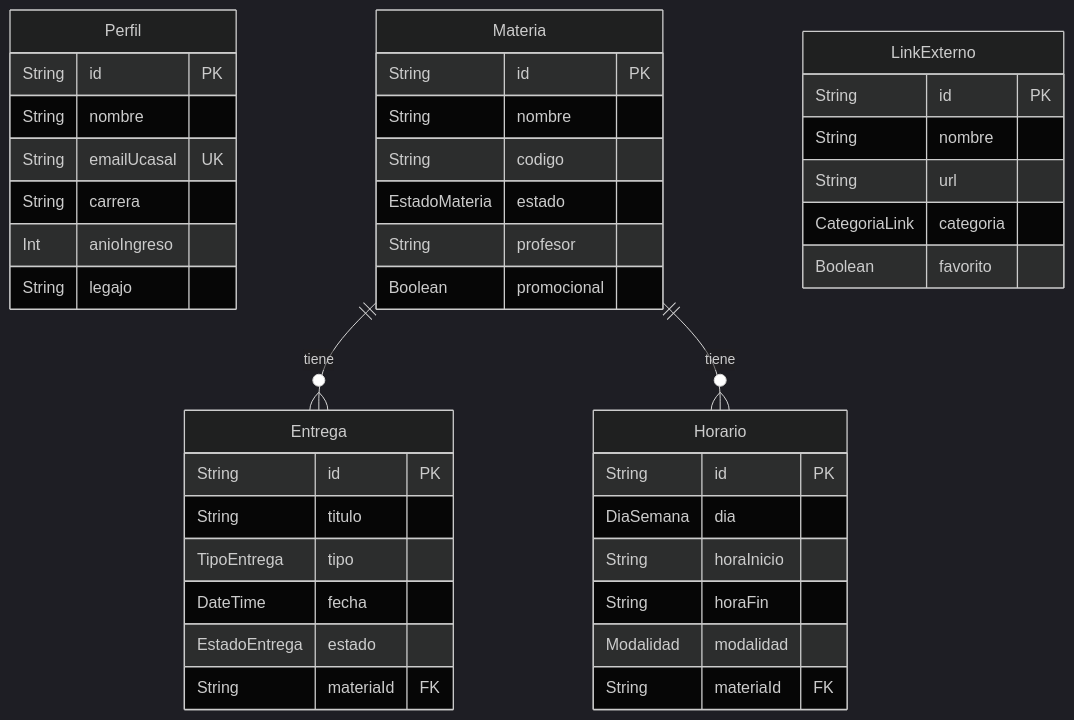
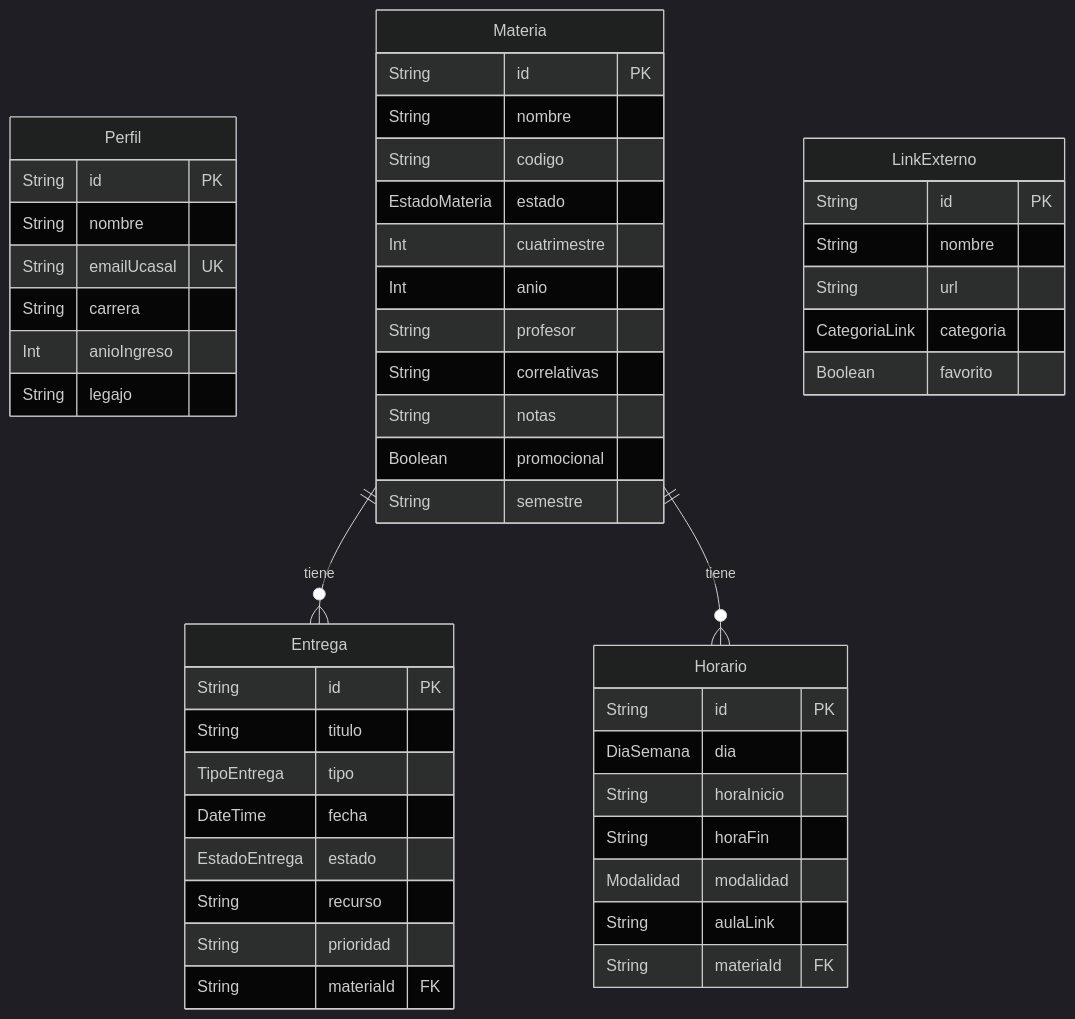
One commit to lautioliver/UcaNode changed the third of 6 diagrams in README.md. Above: the diagram before and after it, drawn with Mermaid (dark theme). The commit also changed other lines of this file and 30 other files, not shown here.

Commit message:
Add error/loading/not-found pages, forms, schemas, theme toggle, rate limit, robots/sitemap, and vitest config

````diff
--- a/README.md
+++ b/README.md
@@ -171,49 +195,57 @@
 ```mermaid
 erDiagram
     Perfil {
         String id PK
         String nombre
         String emailUcasal UK
         String carrera
         Int anioIngreso
         String legajo
     }
 
     Materia {
         String id PK
         String nombre
         String codigo
         EstadoMateria estado
+        Int cuatrimestre
+        Int anio
         String profesor
+        String correlativas
+        String notas
         Boolean promocional
+        String semestre
     }
 
     Entrega {
         String id PK
         String titulo
         TipoEntrega tipo
         DateTime fecha
         EstadoEntrega estado
+        String recurso
+        String prioridad
         String materiaId FK
     }
 
     Horario {
         String id PK
         DiaSemana dia
         String horaInicio
         String horaFin
         Modalidad modalidad
+        String aulaLink
         String materiaId FK
     }
 
     LinkExterno {
         String id PK
         String nombre
         String url
         CategoriaLink categoria
         Boolean favorito
     }
 
     Materia ||--o{ Entrega : "tiene"
     Materia ||--o{ Horario : "tiene"
 ```
````
